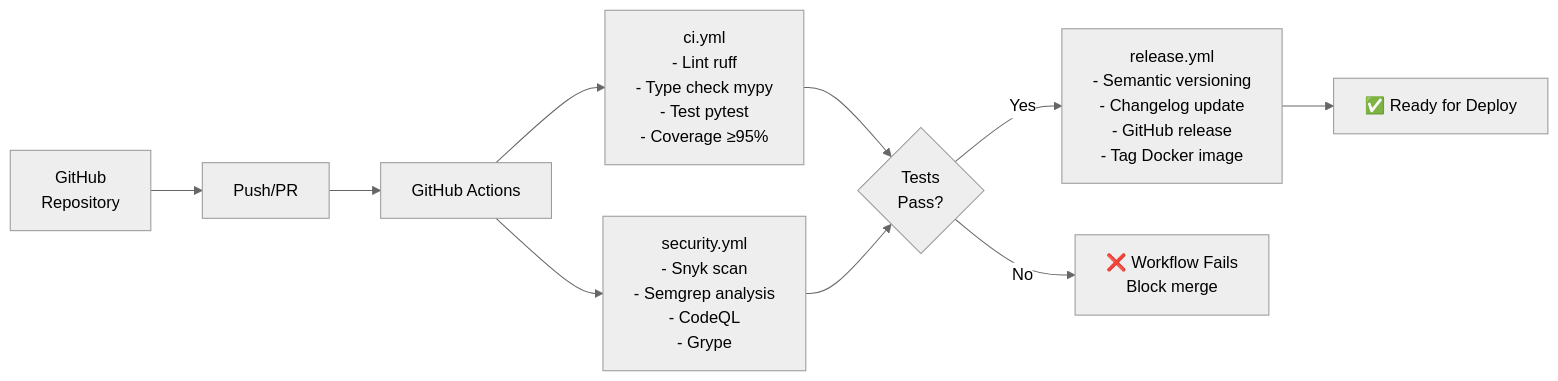
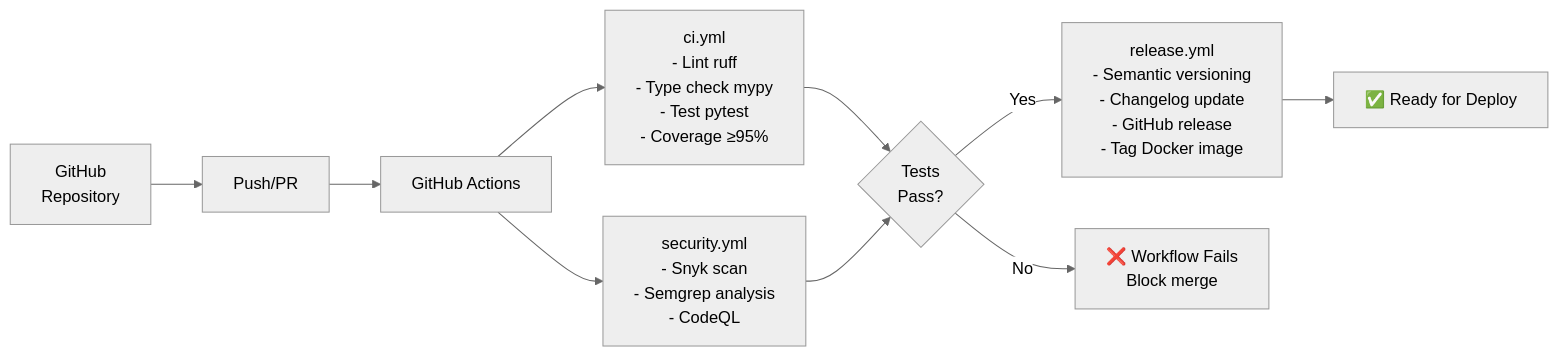
Before and after one commit to djr747/external-dns-technitium-webhook: the eighth of 10 diagrams in docs/architecture/ARCHITECTURE.md, drawn with Mermaid (neutral theme). The commit also changed other lines of this file and 4 other files, not shown here.

````diff
--- a/docs/architecture/ARCHITECTURE.md
+++ b/docs/architecture/ARCHITECTURE.md
@@ -328,16 +328,16 @@
 ```mermaid
 graph LR
     Repo["GitHub<br/>Repository"] --> Push["Push/PR"]
     Push --> Actions["GitHub Actions"]
     
     Actions --> CI["ci.yml<br/>- Lint ruff<br/>- Type check mypy<br/>- Test pytest<br/>- Coverage ≥95%"]
-    Actions --> Security["security.yml<br/>- Snyk scan<br/>- Semgrep analysis<br/>- CodeQL<br/>- Grype"]
+    Actions --> Security["security.yml<br/>- Snyk scan<br/>- Semgrep analysis<br/>- CodeQL"]
     
     CI --> Test{Tests<br/>Pass?}
     Security --> Test
     
     Test -->|Yes| Release["release.yml<br/>- Semantic versioning<br/>- Changelog update<br/>- GitHub release<br/>- Tag Docker image"]
     Test -->|No| Fail["❌ Workflow Fails<br/>Block merge"]
     
     Release --> Deploy["✅ Ready for Deploy"]
 ```
````
